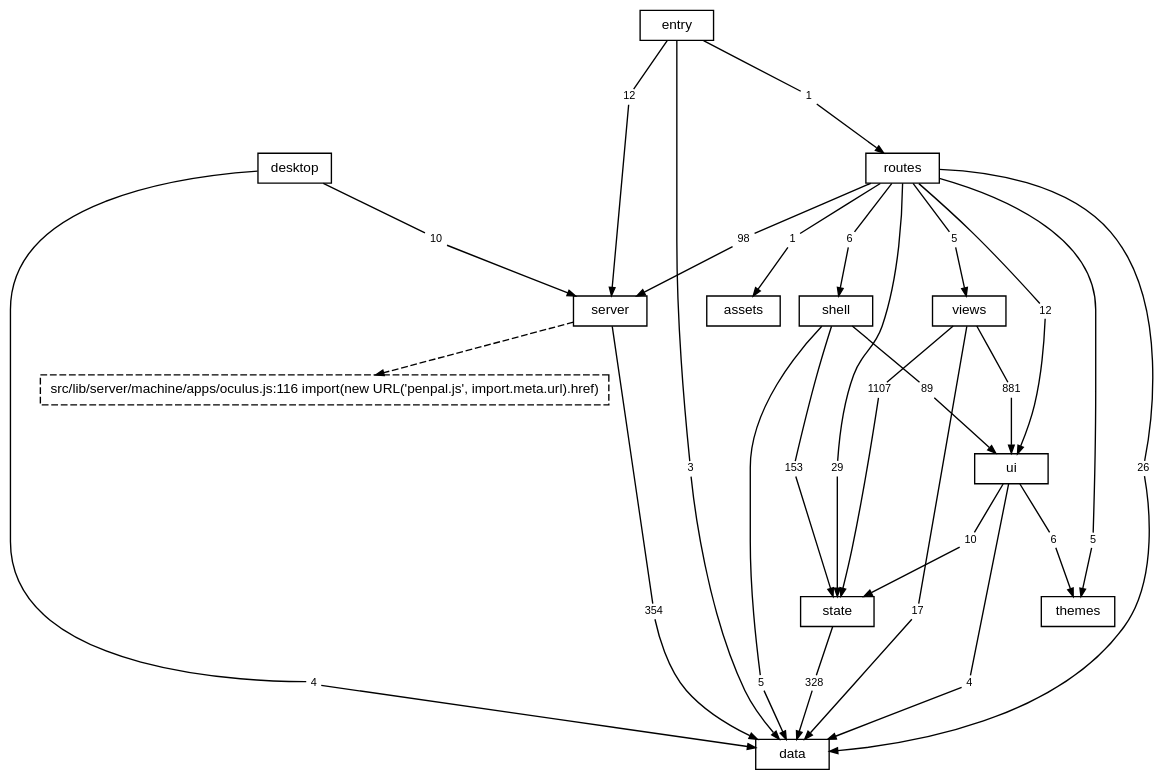
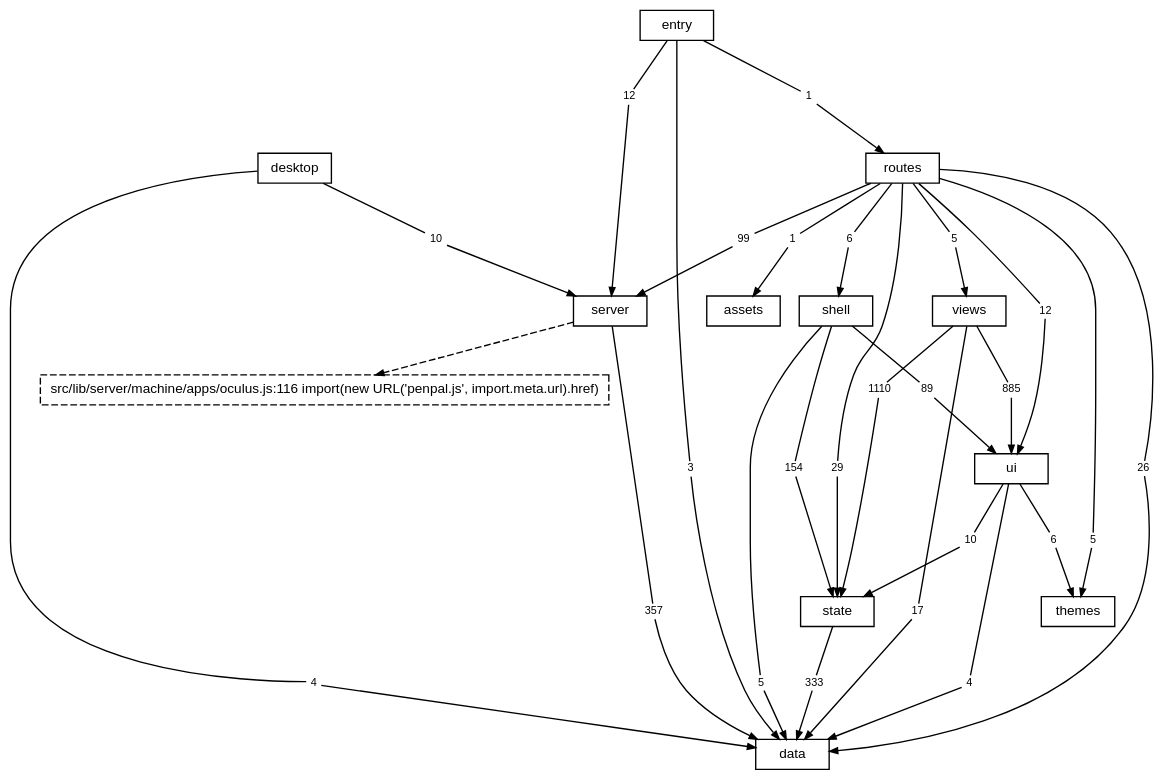
The diagram in docs/diagrams/layers.dot (TheAxeC/oculus), drawn with Graphviz before and after one commit. The commit also changed 144 other files, not shown here.

```diff
--- a/docs/diagrams/layers.dot
+++ b/docs/diagrams/layers.dot
@@ -1,90 +1,90 @@
 digraph layers {
     graph [bgcolor="transparent", rankdir=TB, newrank=true, fontname="Helvetica,Arial,sans-serif", fontsize=12, nodesep=0.2, ranksep=0.5];
     node [shape=box, color="black", fontcolor="black", fontname="Helvetica,Arial,sans-serif", fontsize=10, height=0.3, margin="0.12,0.04"];
     edge [color="black", fontcolor="black", fontname="Helvetica,Arial,sans-serif", fontsize=8, arrowsize=0.6];
     "data";
     "server";
     "state";
     "ui";
     "shell";
     "views";
     "themes";
     "routes";
     "desktop";
     "src" [label="entry"];
     "files: assets" [label="assets"];
     "? src/lib/server/machine/apps/oculus.js:116" [label="src/lib/server/machine/apps/oculus.js:116 import(new URL('penpal.js', import.meta.url).href)", style=dashed];
     "desktop to data" [label="4", shape=box, color="transparent", fontsize=8, width=0, height=0, margin="0.04,0.02"];
     "desktop" -> "desktop to data" [arrowhead=none];
     "desktop to data" -> "data" [];
     "desktop to server" [label="10", shape=box, color="transparent", fontsize=8, width=0, height=0, margin="0.04,0.02"];
     "desktop" -> "desktop to server" [arrowhead=none];
     "desktop to server" -> "server" [];
     "routes to data" [label="26", shape=box, color="transparent", fontsize=8, width=0, height=0, margin="0.04,0.02"];
     "routes" -> "routes to data" [arrowhead=none];
     "routes to data" -> "data" [];
     "routes to files: assets" [label="1", shape=box, color="transparent", fontsize=8, width=0, height=0, margin="0.04,0.02"];
     "routes" -> "routes to files: assets" [arrowhead=none];
     "routes to files: assets" -> "files: assets" [];
-    "routes to server" [label="98", shape=box, color="transparent", fontsize=8, width=0, height=0, margin="0.04,0.02"];
+    "routes to server" [label="99", shape=box, color="transparent", fontsize=8, width=0, height=0, margin="0.04,0.02"];
     "routes" -> "routes to server" [arrowhead=none];
     "routes to server" -> "server" [];
     "routes to shell" [label="6", shape=box, color="transparent", fontsize=8, width=0, height=0, margin="0.04,0.02"];
     "routes" -> "routes to shell" [arrowhead=none];
     "routes to shell" -> "shell" [];
     "routes to state" [label="29", shape=box, color="transparent", fontsize=8, width=0, height=0, margin="0.04,0.02"];
     "routes" -> "routes to state" [arrowhead=none];
     "routes to state" -> "state" [];
     "routes to themes" [label="5", shape=box, color="transparent", fontsize=8, width=0, height=0, margin="0.04,0.02"];
     "routes" -> "routes to themes" [arrowhead=none];
     "routes to themes" -> "themes" [];
     "routes to ui" [label="12", shape=box, color="transparent", fontsize=8, width=0, height=0, margin="0.04,0.02"];
     "routes" -> "routes to ui" [arrowhead=none];
     "routes to ui" -> "ui" [];
     "routes to views" [label="5", shape=box, color="transparent", fontsize=8, width=0, height=0, margin="0.04,0.02"];
     "routes" -> "routes to views" [arrowhead=none];
     "routes to views" -> "views" [];
-    "server to data" [label="354", shape=box, color="transparent", fontsize=8, width=0, height=0, margin="0.04,0.02"];
+    "server to data" [label="357", shape=box, color="transparent", fontsize=8, width=0, height=0, margin="0.04,0.02"];
     "server" -> "server to data" [arrowhead=none];
     "server to data" -> "data" [];
     "shell to data" [label="5", shape=box, color="transparent", fontsize=8, width=0, height=0, margin="0.04,0.02"];
     "shell" -> "shell to data" [arrowhead=none];
     "shell to data" -> "data" [];
-    "shell to state" [label="153", shape=box, color="transparent", fontsize=8, width=0, height=0, margin="0.04,0.02"];
+    "shell to state" [label="154", shape=box, color="transparent", fontsize=8, width=0, height=0, margin="0.04,0.02"];
     "shell" -> "shell to state" [arrowhead=none];
     "shell to state" -> "state" [];
     "shell to ui" [label="89", shape=box, color="transparent", fontsize=8, width=0, height=0, margin="0.04,0.02"];
     "shell" -> "shell to ui" [arrowhead=none];
     "shell to ui" -> "ui" [];
     "src to data" [label="3", shape=box, color="transparent", fontsize=8, width=0, height=0, margin="0.04,0.02"];
     "src" -> "src to data" [arrowhead=none];
     "src to data" -> "data" [];
     "src to routes" [label="1", shape=box, color="transparent", fontsize=8, width=0, height=0, margin="0.04,0.02"];
     "src" -> "src to routes" [arrowhead=none];
     "src to routes" -> "routes" [];
     "src to server" [label="12", shape=box, color="transparent", fontsize=8, width=0, height=0, margin="0.04,0.02"];
     "src" -> "src to server" [arrowhead=none];
     "src to server" -> "server" [];
-    "state to data" [label="328", shape=box, color="transparent", fontsize=8, width=0, height=0, margin="0.04,0.02"];
+    "state to data" [label="333", shape=box, color="transparent", fontsize=8, width=0, height=0, margin="0.04,0.02"];
     "state" -> "state to data" [arrowhead=none];
     "state to data" -> "data" [];
     "ui to data" [label="4", shape=box, color="transparent", fontsize=8, width=0, height=0, margin="0.04,0.02"];
     "ui" -> "ui to data" [arrowhead=none];
     "ui to data" -> "data" [];
     "ui to state" [label="10", shape=box, color="transparent", fontsize=8, width=0, height=0, margin="0.04,0.02"];
     "ui" -> "ui to state" [arrowhead=none];
     "ui to state" -> "state" [];
     "ui to themes" [label="6", shape=box, color="transparent", fontsize=8, width=0, height=0, margin="0.04,0.02"];
     "ui" -> "ui to themes" [arrowhead=none];
     "ui to themes" -> "themes" [];
     "views to data" [label="17", shape=box, color="transparent", fontsize=8, width=0, height=0, margin="0.04,0.02"];
     "views" -> "views to data" [arrowhead=none];
     "views to data" -> "data" [];
-    "views to state" [label="1107", shape=box, color="transparent", fontsize=8, width=0, height=0, margin="0.04,0.02"];
+    "views to state" [label="1110", shape=box, color="transparent", fontsize=8, width=0, height=0, margin="0.04,0.02"];
     "views" -> "views to state" [arrowhead=none];
     "views to state" -> "state" [];
-    "views to ui" [label="881", shape=box, color="transparent", fontsize=8, width=0, height=0, margin="0.04,0.02"];
+    "views to ui" [label="885", shape=box, color="transparent", fontsize=8, width=0, height=0, margin="0.04,0.02"];
     "views" -> "views to ui" [arrowhead=none];
     "views to ui" -> "ui" [];
     "server" -> "? src/lib/server/machine/apps/oculus.js:116" [style=dashed];
 }
```
